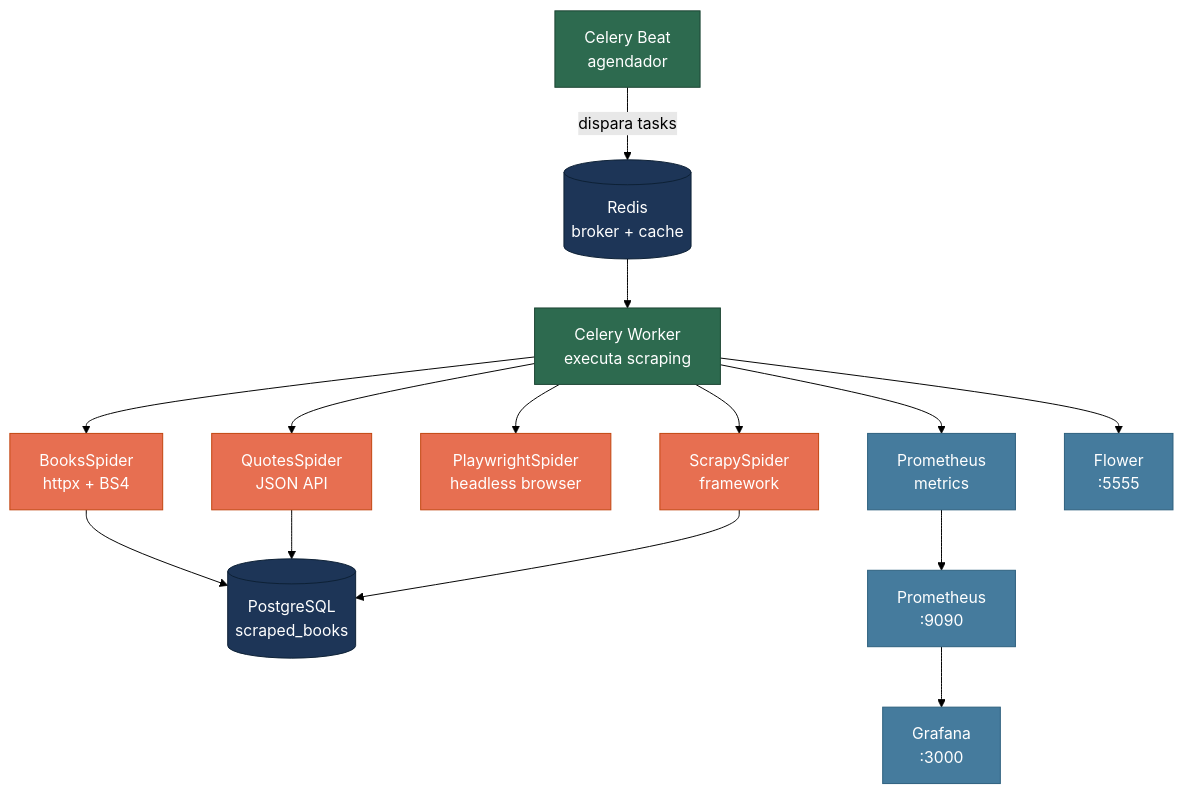
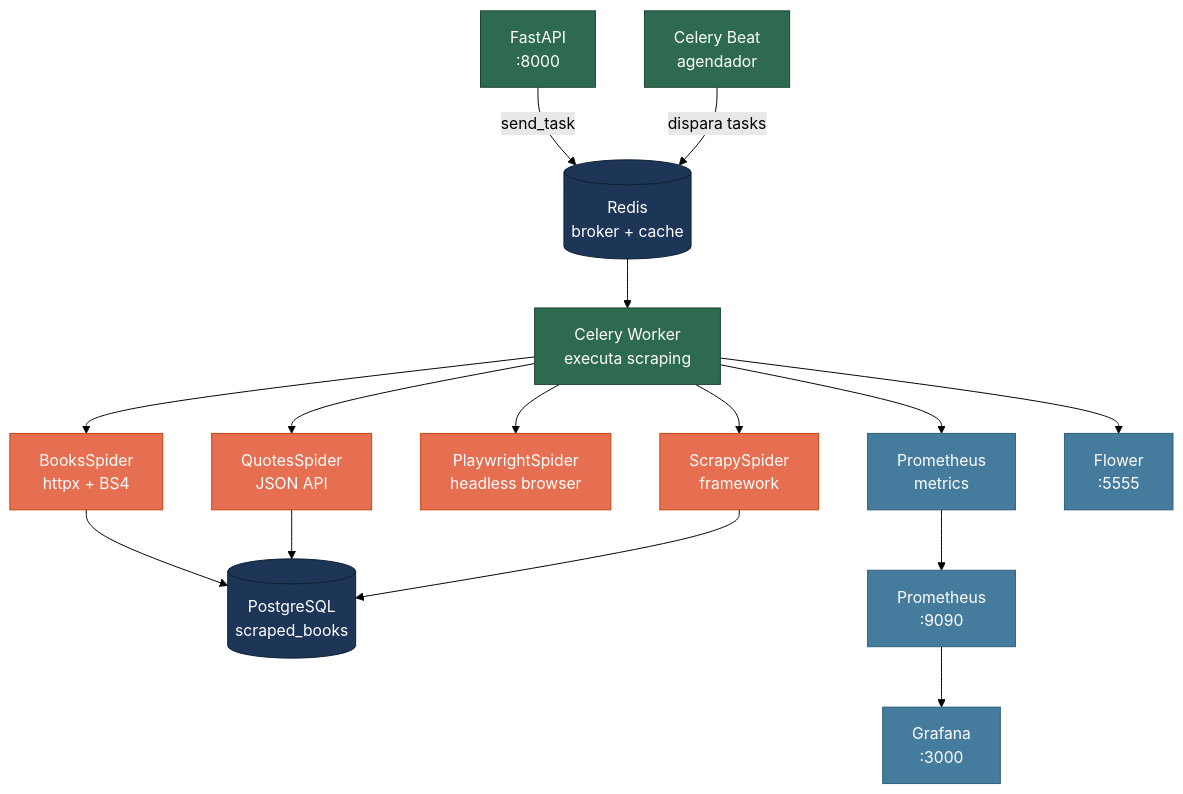
Before and after one commit to MatheusAdeMiranda/datahunter: the diagram in datahunter/README.md, drawn with Mermaid (forest theme). The commit also changed other lines of this file and 12 other files, not shown here.

First line of the commit message:
feat(api): Day 30 — FastAPI job management API (#34)

````diff
--- a/datahunter/README.md
+++ b/datahunter/README.md
@@ -32,29 +33,30 @@
 ```mermaid
 graph TD
-    Beat["Celery Beat\nagendador"] -->|dispara tasks| Queue[("Redis\nbroker + cache")]
+    API["FastAPI\n:8000"] -->|send_task| Queue[("Redis\nbroker + cache")]
+    Beat["Celery Beat\nagendador"] -->|dispara tasks| Queue
     Queue --> Worker["Celery Worker\nexecuta scraping"]
 
     Worker --> BS["BooksSpider\nhttpx + BS4"]
     Worker --> QS["QuotesSpider\nJSON API"]
     Worker --> PW["PlaywrightSpider\nheadless browser"]
     Worker --> SC["ScrapySpider\nframework"]
 
     BS --> DB[("PostgreSQL\nscraped_books")]
     QS --> DB
     SC --> DB
 
     Worker --> M["Prometheus\nmetrics"]
     M --> Prom["Prometheus\n:9090"]
     Prom --> Graf["Grafana\n:3000"]
     Worker --> Flower["Flower\n:5555"]
 
     classDef service fill:#2d6a4f,color:#fff,stroke:#1b4332
     classDef storage fill:#1d3557,color:#fff,stroke:#0d2035
     classDef spider fill:#e76f51,color:#fff,stroke:#c1440e
     classDef monitor fill:#457b9d,color:#fff,stroke:#2c5f7d
 
-    class Worker,Beat service
+    class Worker,Beat,API service
     class Queue,DB storage
     class BS,QS,PW,SC spider
     class M,Prom,Graf,Flower monitor
 ```
````
